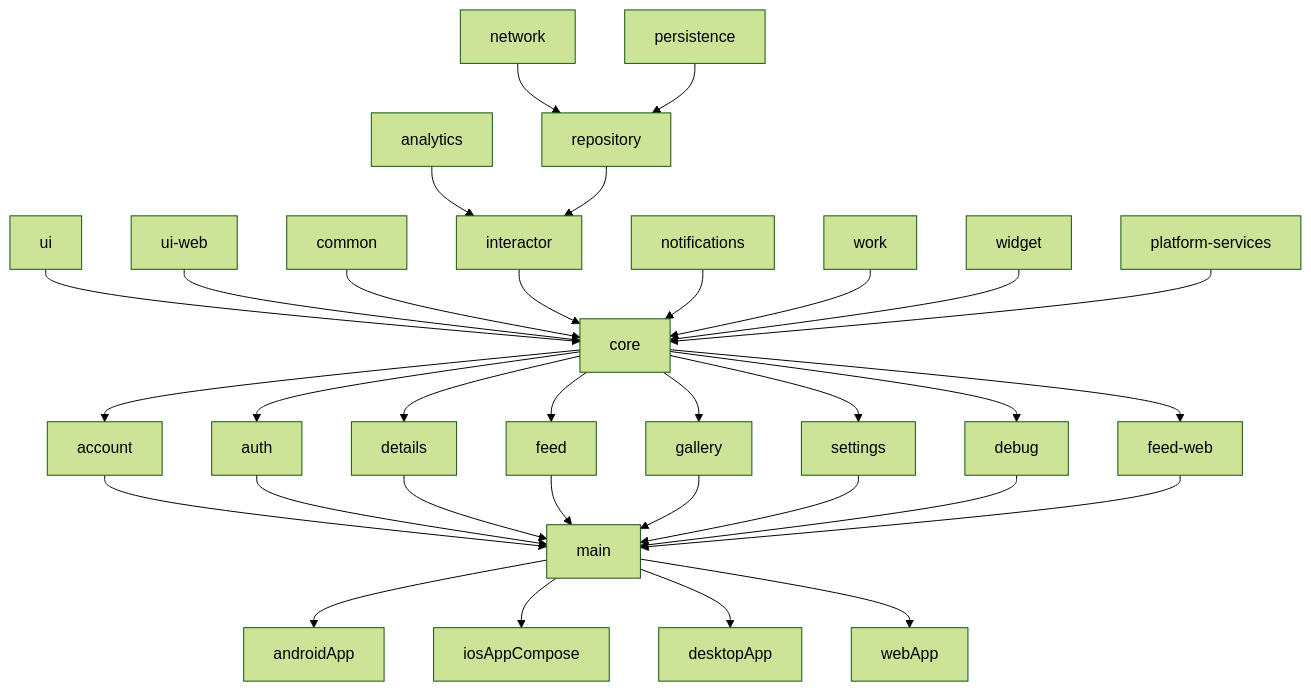
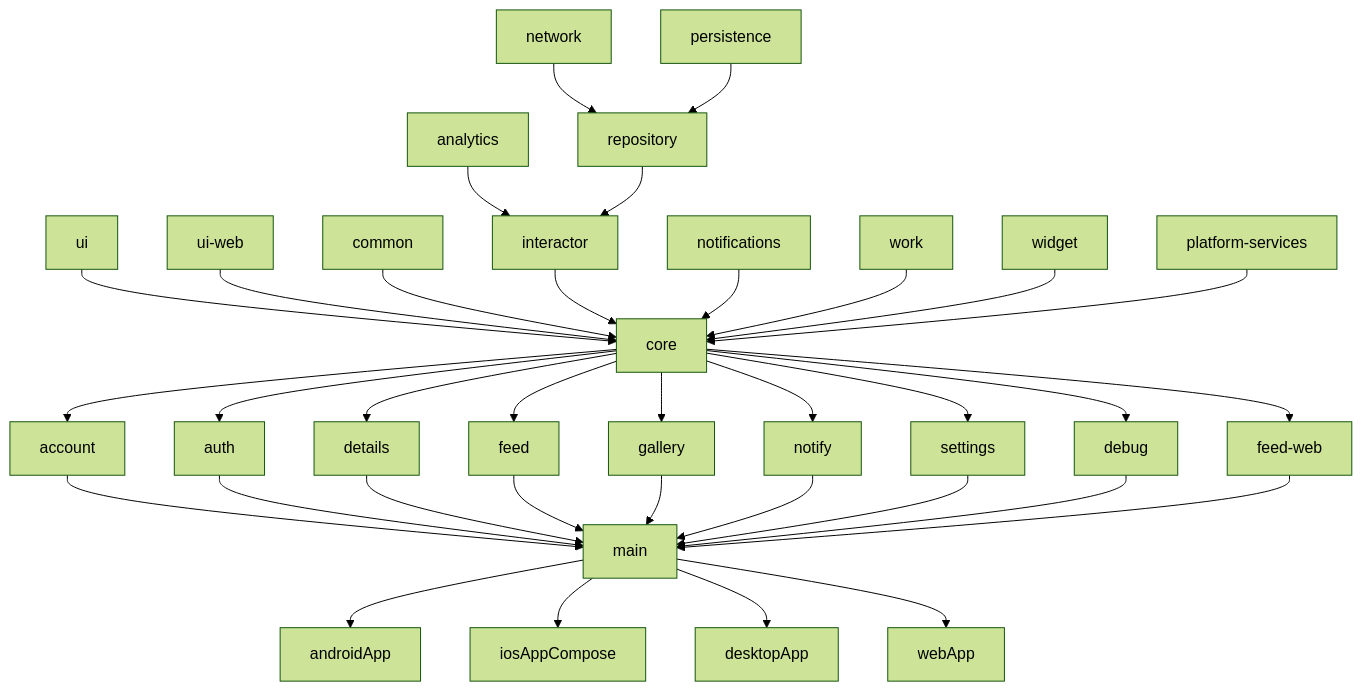
The diagram in readme.md (rodrigosambadesaa/michaelbel-movies-app), drawn with Mermaid (forest theme) before and after one commit. The commit also changed 23 other files, not shown here.

````diff
--- a/readme.md
+++ b/readme.md
@@ -223,40 +223,42 @@
 ```mermaid
 graph TD;
     main-->androidApp
     main-->iosAppCompose
     main-->desktopApp
     main-->webApp
 
     account-->main
     auth-->main
     details-->main
     feed-->main
     gallery-->main
+    notify-->main
     settings-->main
     debug-->main
     feed-web-->main
 
     core-->account
     core-->auth
     core-->details
     core-->feed
     core-->gallery
+    core-->notify
     core-->settings
     core-->debug
     core-->feed-web
 
     ui-->core
     ui-web-->core
     common-->core
     interactor-->core
     notifications-->core
     work-->core
     widget-->core
     platform-services-->core
 
     analytics-->interactor
     repository-->interactor
 
     network-->repository
     persistence-->repository
 ```
````
